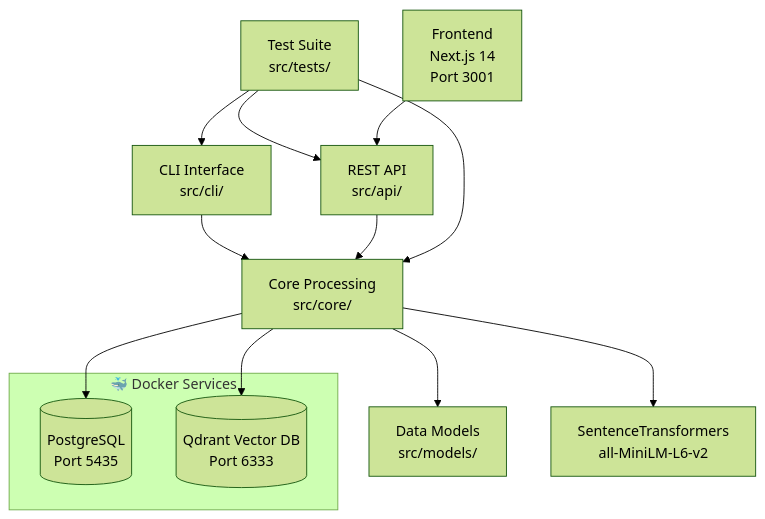
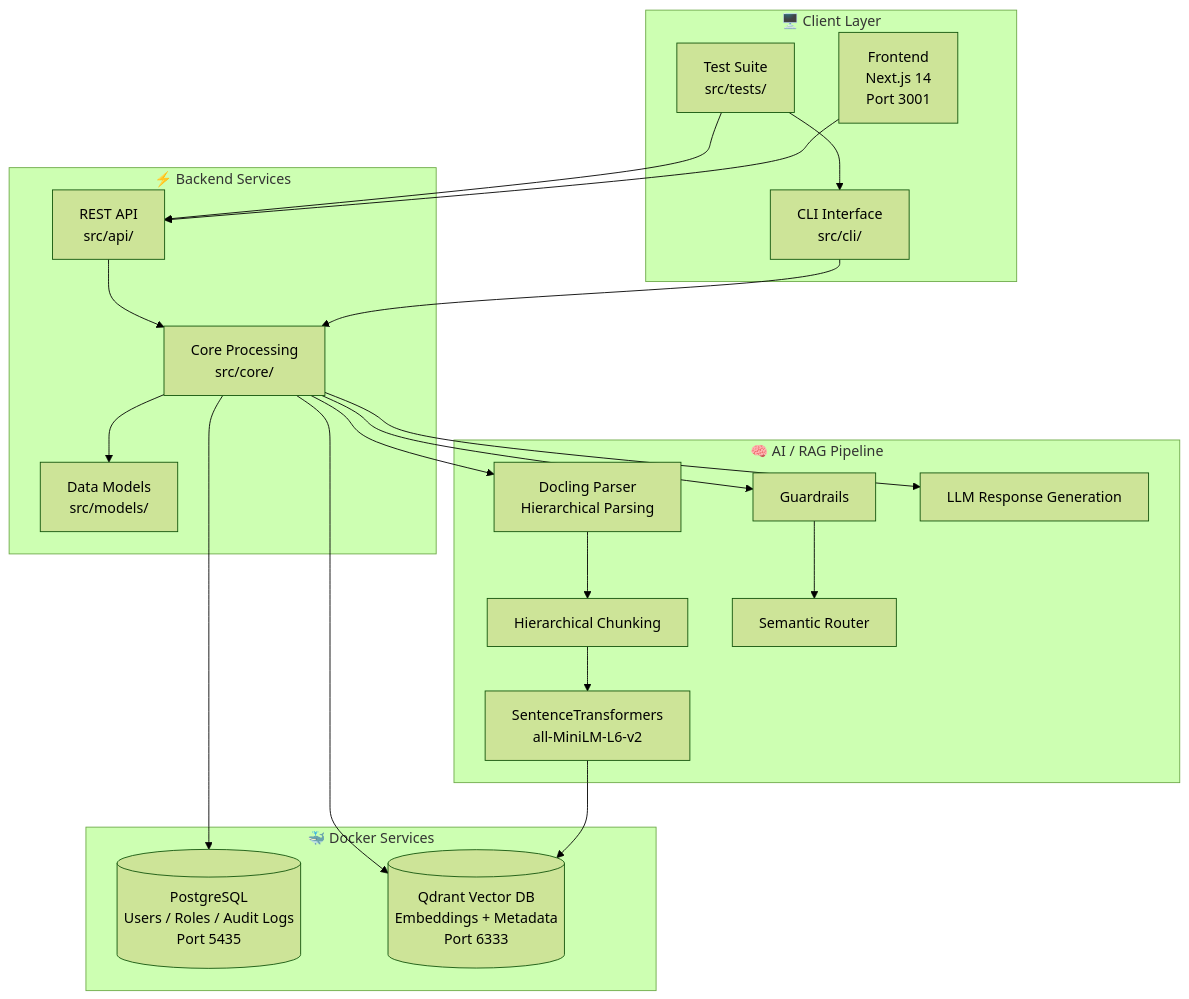
One commit to sanelectro/finbot changed the first of 2 diagrams in docs/ARCHITECTURE.md. Above: the diagram before and after it, drawn with Mermaid (forest theme).

Commit message:
Enhance architecture diagram with detailed components
Updated the architecture diagram to include detailed descriptions for PostgreSQL and Qdrant Vector DB, and added connections for Core to Guardrails, Docling, and LLM.

````diff
--- a/docs/ARCHITECTURE.md
+++ b/docs/ARCHITECTURE.md
@@ -9,18 +9,51 @@
 ```mermaid
 graph TB
+
+    subgraph Client["🖥️ Client Layer"]
+        Frontend[Frontend<br/>Next.js 14<br/>Port 3001]
+        CLI[CLI Interface<br/>src/cli/]
+        Tests[Test Suite<br/>src/tests/]
+    end
+
+    subgraph Backend["⚡ Backend Services"]
+        API[REST API<br/>src/api/]
+        Core[Core Processing<br/>src/core/]
+        Models[Data Models<br/>src/models/]
+    end
+
+    subgraph AI["🧠 AI / RAG Pipeline"]
+        Docling[Docling Parser<br/>Hierarchical Parsing]
+        Chunking[Hierarchical Chunking]
+        Embedding[SentenceTransformers<br/>all-MiniLM-L6-v2]
+        Router[Semantic Router]
+        Guardrails[Guardrails]
+        LLM[LLM Response Generation]
+    end
+
     subgraph Docker["🐳 Docker Services"]
-        PG[(PostgreSQL<br/>Port 5435)]
-        QD[(Qdrant Vector DB<br/>Port 6333)]
+        PG[(PostgreSQL<br/>Users / Roles / Audit Logs<br/>Port 5435)]
+
+        QD[(Qdrant Vector DB<br/>Embeddings + Metadata<br/>Port 6333)]
     end
-    
-    CLI[CLI Interface<br/>src/cli/] --> Core[Core Processing<br/>src/core/]
-    API[REST API<br/>src/api/] --> Core
-    Core --> Models[Data Models<br/>src/models/]
-    Core --> QD
-    Core --> Embedding[SentenceTransformers<br/>all-MiniLM-L6-v2]
-    Core --> PG
-    Tests[Test Suite<br/>src/tests/] --> Core
+
+    Frontend --> API
+    CLI --> Core
     Tests --> API
     Tests --> CLI
-    Frontend[Frontend<br/>Next.js 14<br/>Port 3001] --> API
+
+    API --> Core
+    Core --> Models
+
+    Core --> Guardrails
+    Guardrails --> Router
+
+    Core --> Docling
+    Docling --> Chunking
+    Chunking --> Embedding
+
+    Embedding --> QD
+
+    Core --> QD
+    Core --> LLM
+    Core --> PG
 ```
````
